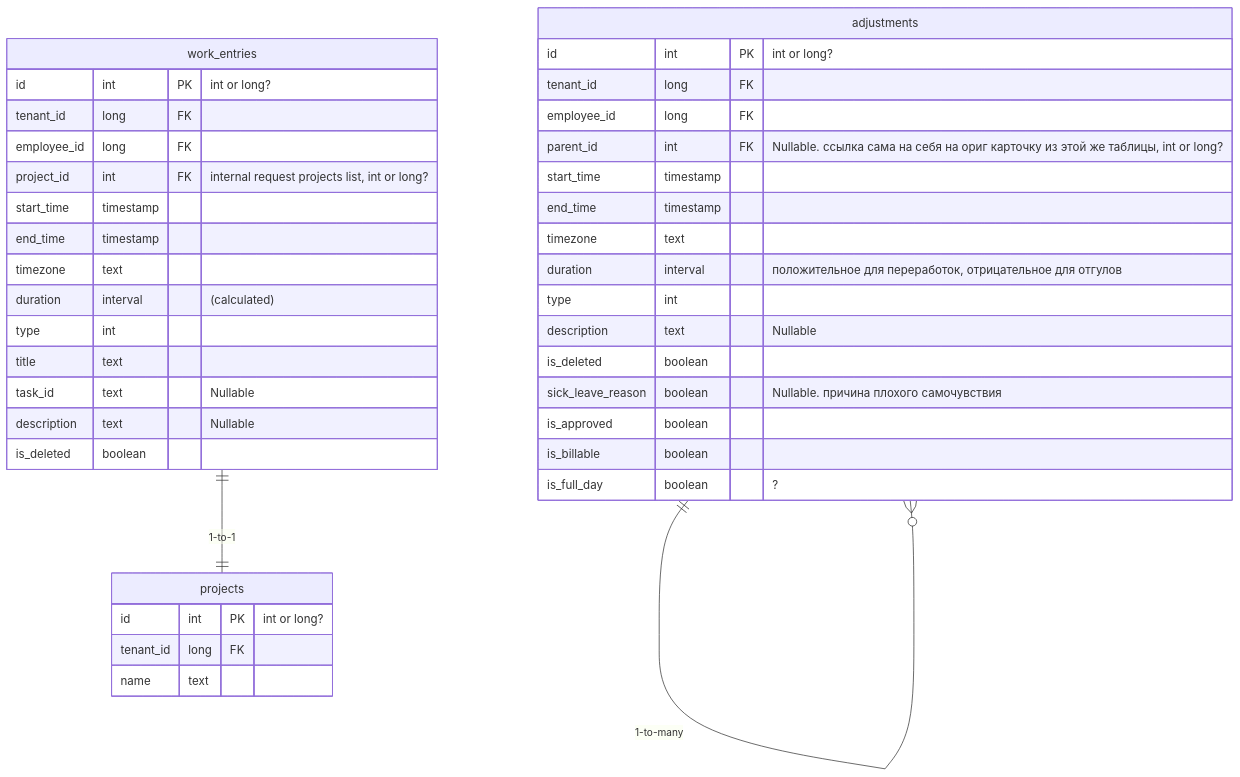
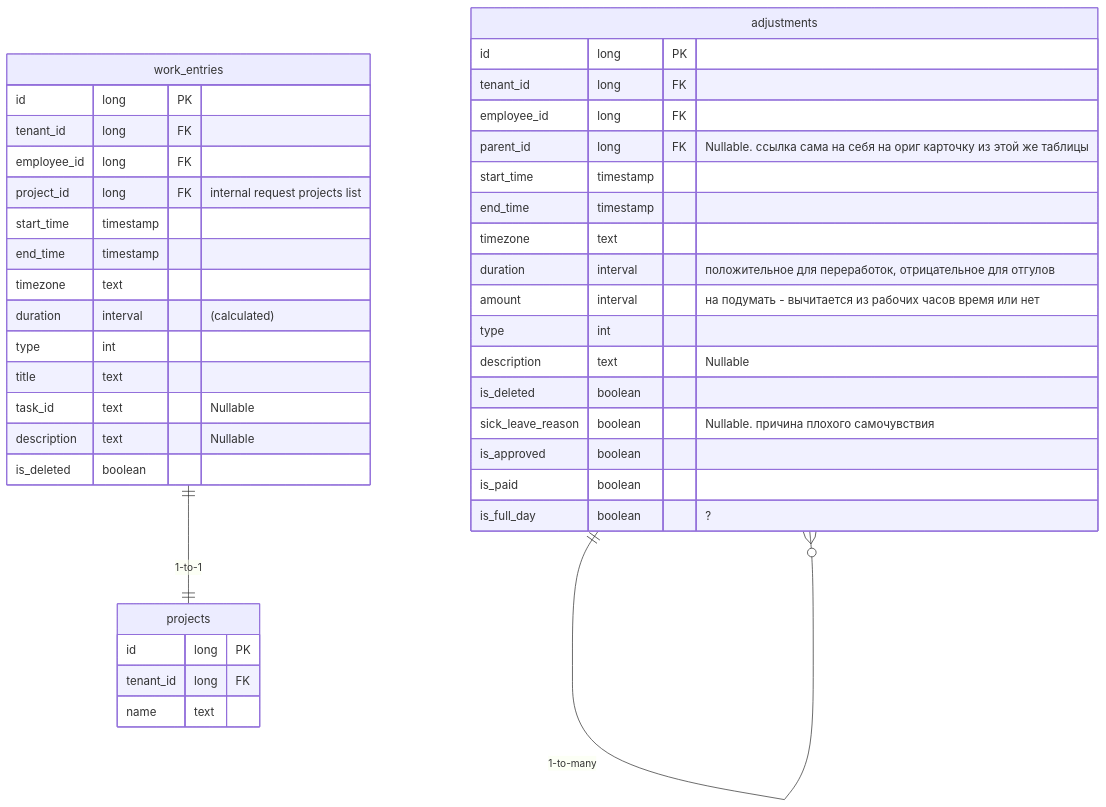
Before and after one commit to TourmalineCore/inner-circle-documentation: the diagram in time-tracker/2025-11-20-backend-strategy.md, drawn with Mermaid. The commit also changed other lines of this file, not shown here.

Commit message:
feat: time tracker strategy changes

````diff
--- a/time-tracker/2025-11-20-backend-strategy.md
+++ b/time-tracker/2025-11-20-backend-strategy.md
@@ -63,42 +61,43 @@
 ```mermaid
 erDiagram
     work_entries ||--|| projects : "1-to-1"
     adjustments ||--o{ adjustments : "1-to-many"
     work_entries {
-      id int PK "int or long?"
+      id long PK
       tenant_id long FK
       employee_id long FK
-      project_id int FK "internal request projects list, int or long?"
+      project_id long FK "internal request projects list"
       start_time timestamp
       end_time timestamp
       timezone text
       duration interval "(calculated)"
       type int
       title text
       task_id text "Nullable"
       description text "Nullable"
       is_deleted boolean
     }
     projects {
-      id int PK "int or long?"
+      id long PK
       tenant_id long FK
       name text
     }
     adjustments {
-      id int PK "int or long?"
+      id long PK
       tenant_id long FK
       employee_id long FK
-      parent_id int FK "Nullable. ссылка сама на себя на ориг карточку из этой же таблицы, int or long?"
+      parent_id long FK "Nullable. ссылка сама на себя на ориг карточку из этой же таблицы"
       start_time timestamp
       end_time timestamp
       timezone text
       duration interval "положительное для переработок, отрицательное для отгулов"
+      amount interval "на подумать - вычитается из рабочих часов время или нет"
       type int
       description text "Nullable"
       is_deleted boolean
       sick_leave_reason boolean "Nullable. причина плохого самочувствия"
       is_approved boolean
-      is_billable boolean
+      is_paid boolean
       is_full_day boolean "?"
     }
 ```
````
